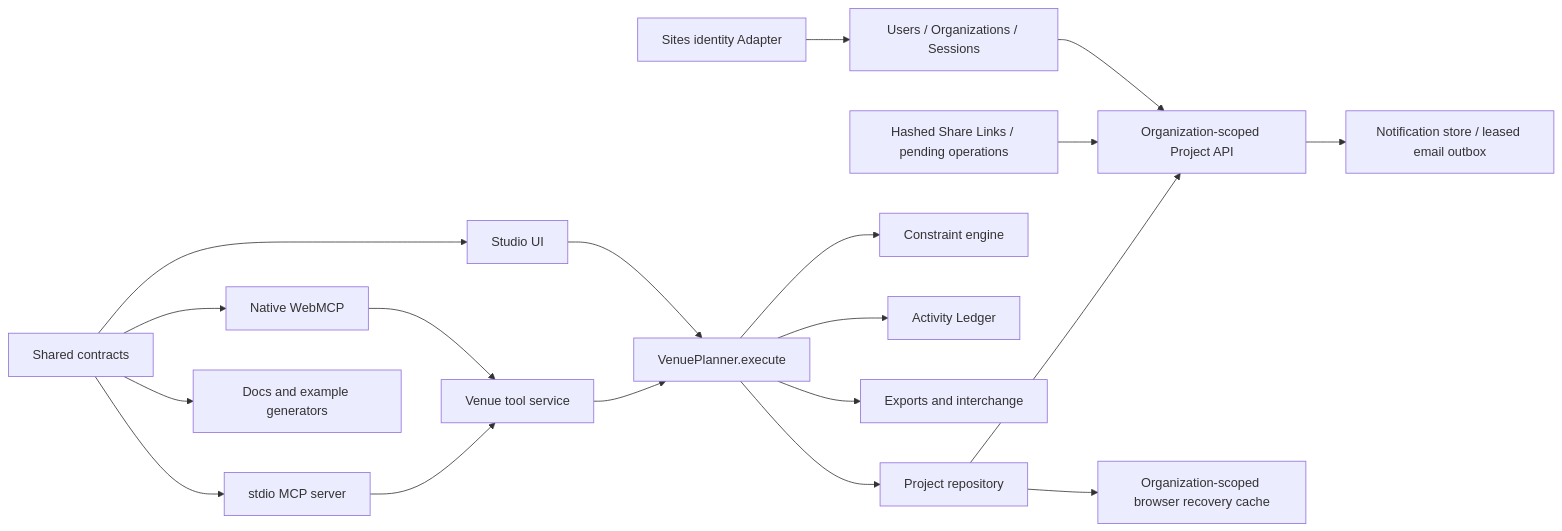
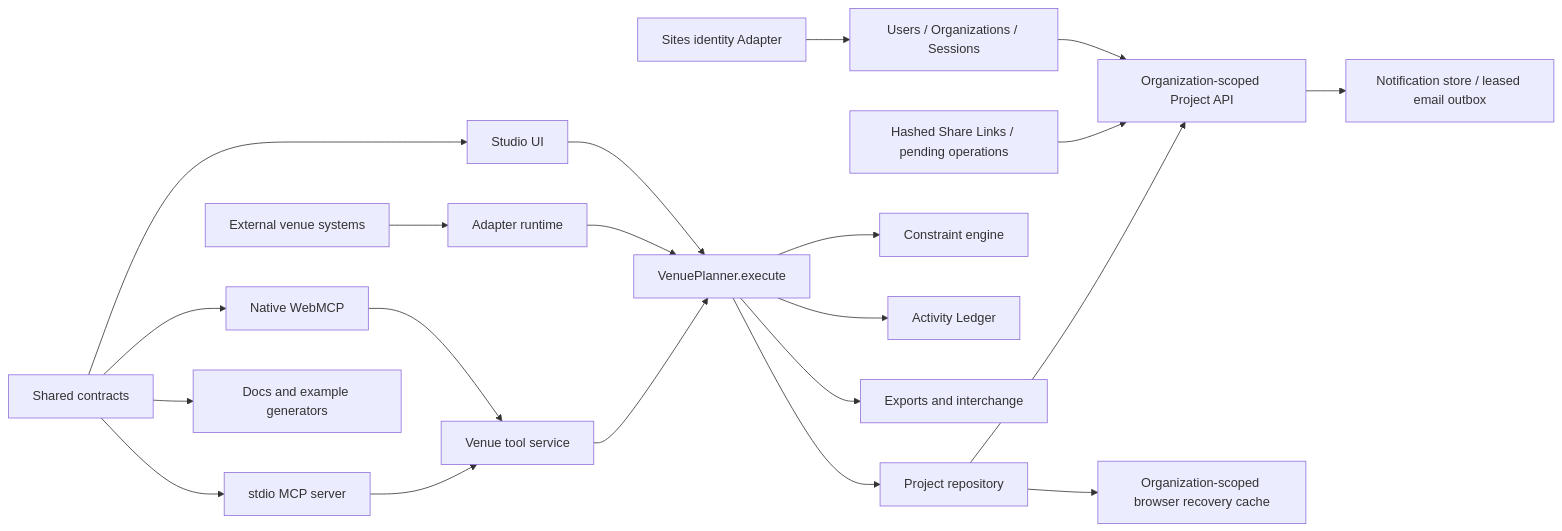
The first of 2 diagrams in public/guides/architecture.md (Seyamalam/venue-mind), drawn with Mermaid before and after one commit. The commit also changed other lines of this file and 14 other files, not shown here.

````diff
--- a/public/guides/architecture.md
+++ b/public/guides/architecture.md
@@ -7,21 +7,23 @@
 ```mermaid
 flowchart LR
   IDP[Sites identity Adapter] --> ACCOUNTS[Users / Organizations / Sessions]
   ACCOUNTS --> API[Organization-scoped Project API]
   SHARE[Hashed Share Links / pending operations] --> API
   API --> NOTIFY[Notification store / leased email outbox]
   UI[Studio UI] --> BUS[VenuePlanner.execute]
   WEB[Native WebMCP] --> SERVICE[Venue tool service]
   MCP[stdio MCP server] --> SERVICE
+  EXT[External venue systems] --> ADAPTERS[Adapter runtime]
+  ADAPTERS --> BUS
   SERVICE --> BUS
   CONTRACTS[Shared contracts] --> UI
   CONTRACTS --> WEB
   CONTRACTS --> MCP
   CONTRACTS --> DOCGEN[Docs and example generators]
   BUS --> VALIDATE[Constraint engine]
   BUS --> LEDGER[Activity Ledger]
   BUS --> EXPORTS[Exports and interchange]
   BUS --> PROJECTS[Project repository]
   PROJECTS --> API
   PROJECTS --> LOCAL[Organization-scoped browser recovery cache]
 ```
````
